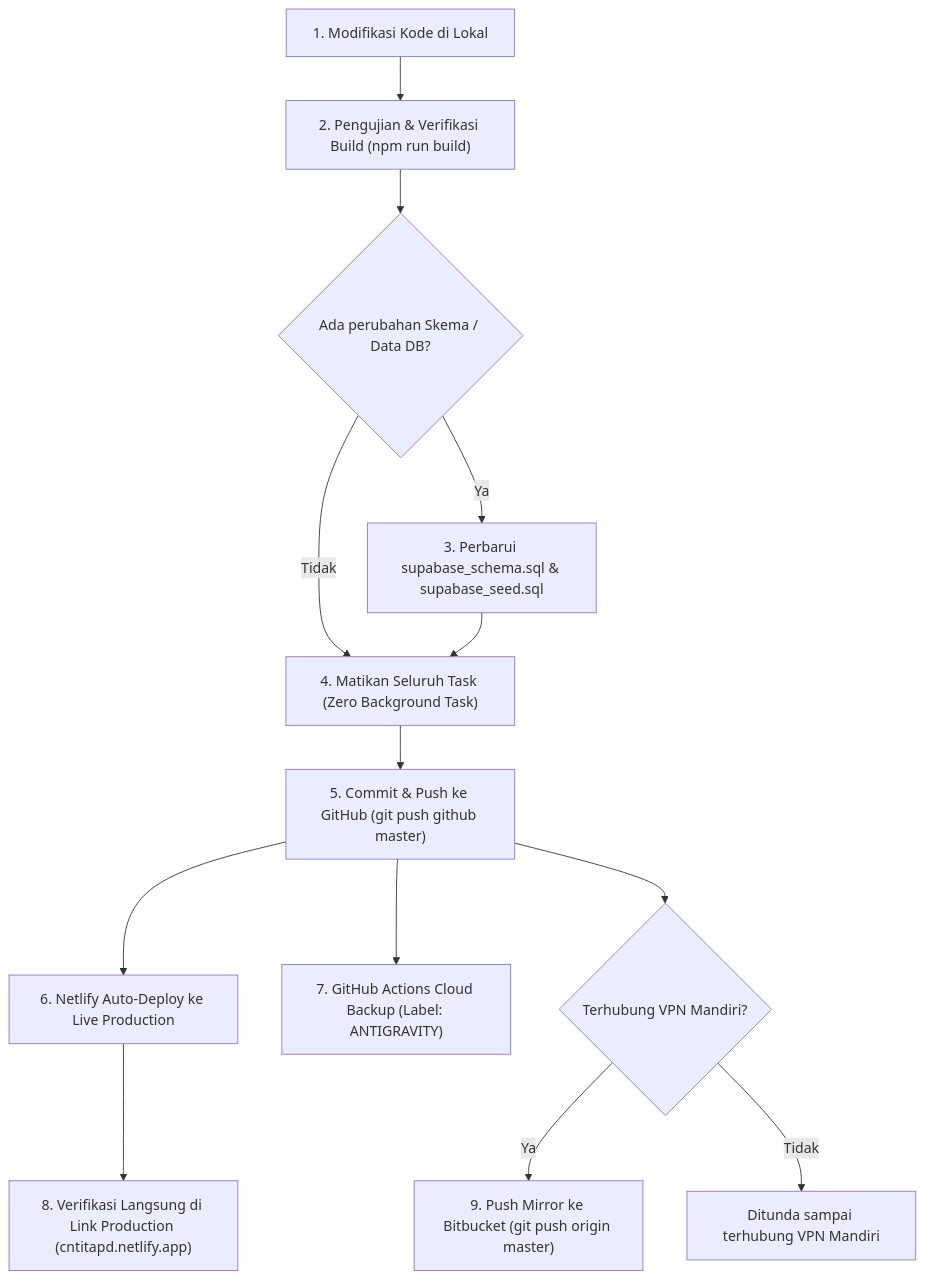
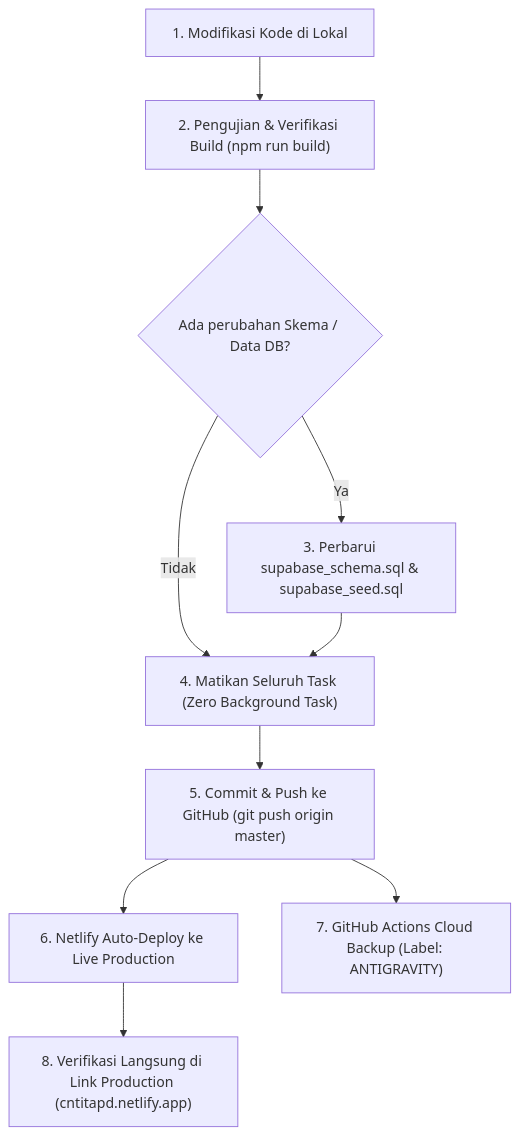
Before and after one commit to gahasapurba/cntitapd-web: the diagram in .agent/rules/standar-kerja.md, drawn with Mermaid. The commit also changed other lines of this file and 1 other file, not shown here.

Commit message:
chore: remove Bitbucket Mandiri from remotes, architecture, and SOP

````diff
--- a/.agent/rules/standar-kerja.md
+++ b/.agent/rules/standar-kerja.md
@@ -23,15 +22,12 @@
 ```mermaid
 flowchart TD
     A["1. Modifikasi Kode di Lokal"] --> B["2. Pengujian & Verifikasi Build (npm run build)"]
     B --> C{"Ada perubahan Skema / Data DB?"}
     C -- Ya --> D["3. Perbarui supabase_schema.sql & supabase_seed.sql"]
     C -- Tidak --> E["4. Matikan Seluruh Task (Zero Background Task)"]
     D --> E
-    E --> F["5. Commit & Push ke GitHub (git push github master)"]
+    E --> F["5. Commit & Push ke GitHub (git push origin master)"]
     F --> G["6. Netlify Auto-Deploy ke Live Production"]
     F --> H["7. GitHub Actions Cloud Backup (Label: ANTIGRAVITY)"]
     G --> I["8. Verifikasi Langsung di Link Production (cntitapd.netlify.app)"]
-    F --> J{"Terhubung VPN Mandiri?"}
-    J -- Ya --> K["9. Push Mirror ke Bitbucket (git push origin master)"]
-    J -- Tidak --> L["Ditunda sampai terhubung VPN Mandiri"]
 ```
````
